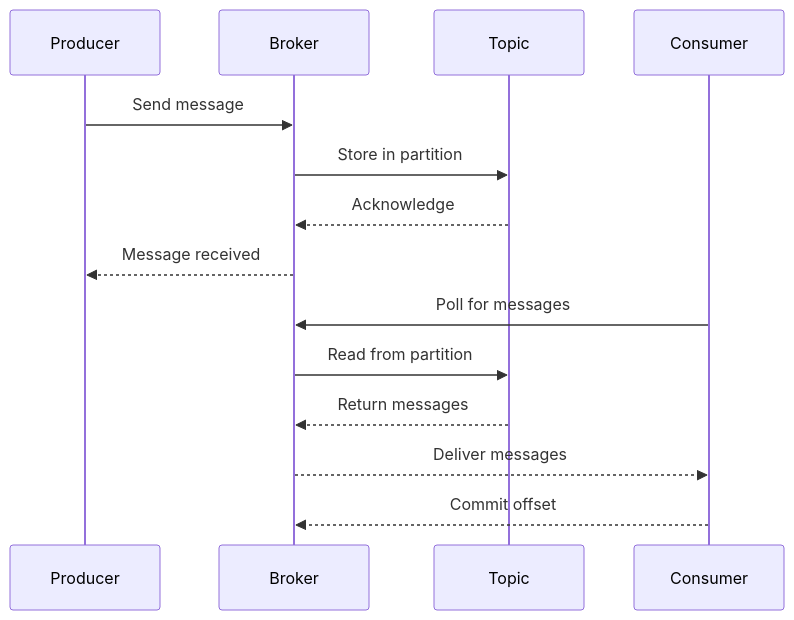
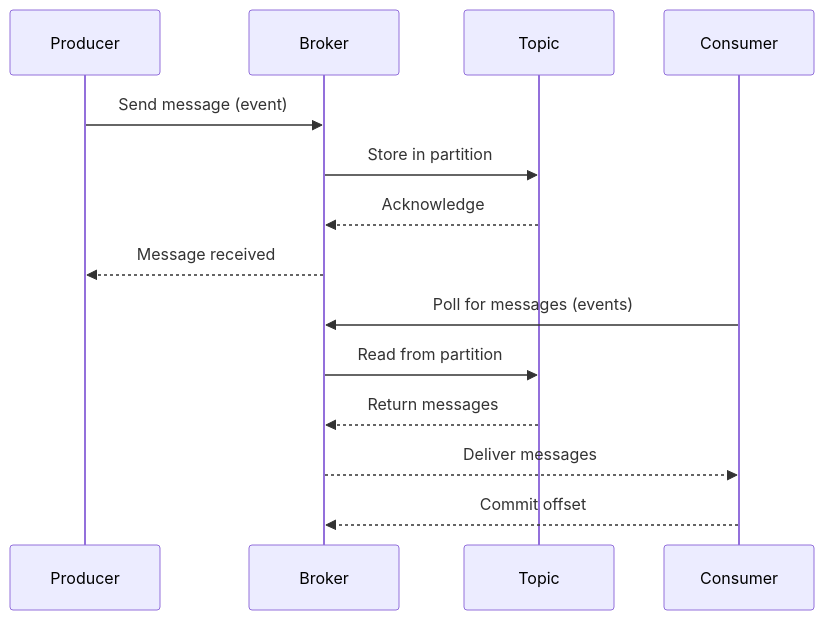
One commit to joeybrown/kafka changed the diagram in diagrams/kafka-sequence.mmd. Above: the diagram before and after it, drawn with Mermaid. The commit also changed 3 other files, not shown here.

```diff
--- a/diagrams/kafka-sequence.mmd
+++ b/diagrams/kafka-sequence.mmd
@@ -1,16 +1,16 @@
 sequenceDiagram
     participant P as Producer
     participant B as Broker
     participant T as Topic
     participant C as Consumer
     
-    P->>B: Send message
+    P->>B: Send message (event)
     B->>T: Store in partition
     T-->>B: Acknowledge
     B-->>P: Message received
     
-    C->>B: Poll for messages
+    C->>B: Poll for messages (events)
     B->>T: Read from partition
     T-->>B: Return messages
     B-->>C: Deliver messages
     C-->>B: Commit offset
```
